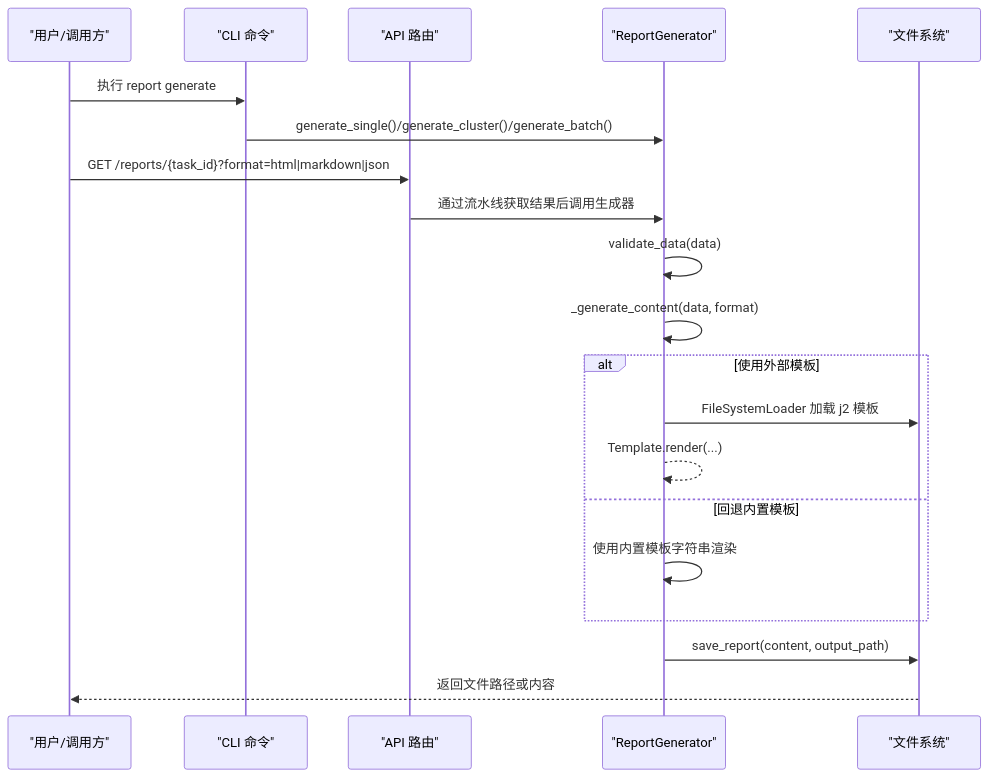
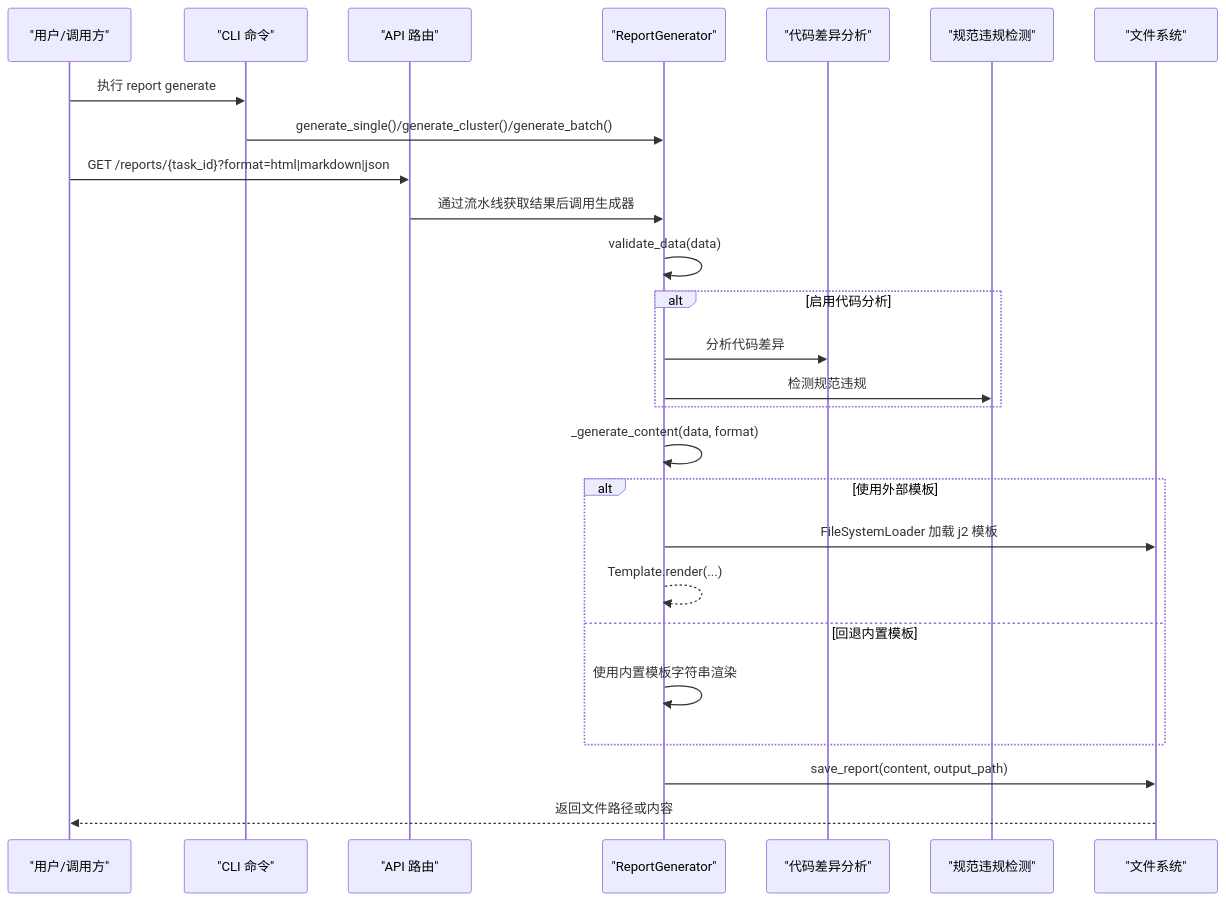
The second of 6 diagrams in .qoder/repowiki/zh/content/可视化系统/报告生成系统.md (boyingliu01/fault-review-analyzer), drawn with Mermaid before and after one commit. The commit also changed other lines of this file and 125 other files, not shown here.

````diff
--- a/.qoder/repowiki/zh/content/可视化系统/报告生成系统.md
+++ b/.qoder/repowiki/zh/content/可视化系统/报告生成系统.md
@@ -89,22 +108,28 @@
 ```mermaid
 sequenceDiagram
 participant U as "用户/调用方"
 participant CLI as "CLI 命令"
 participant API as "API 路由"
 participant RG as "ReportGenerator"
+participant CCA as "代码差异分析"
+participant VD as "规范违规检测"
 participant FS as "文件系统"
 U->>CLI : 执行 report generate
 CLI->>RG : generate_single()/generate_cluster()/generate_batch()
 U->>API : GET /reports/{task_id}?format=html|markdown|json
 API->>RG : 通过流水线获取结果后调用生成器
 RG->>RG : validate_data(data)
+alt 启用代码分析
+RG->>CCA : 分析代码差异
+RG->>VD : 检测规范违规
+end
 RG->>RG : _generate_content(data, format)
 alt 使用外部模板
 RG->>FS : FileSystemLoader 加载 j2 模板
 RG-->>RG : Template.render(...)
 else 回退内置模板
 RG->>RG : 使用内置模板字符串渲染
 end
 RG->>FS : save_report(content, output_path)
 FS-->>U : 返回文件路径或内容
 ```
````
